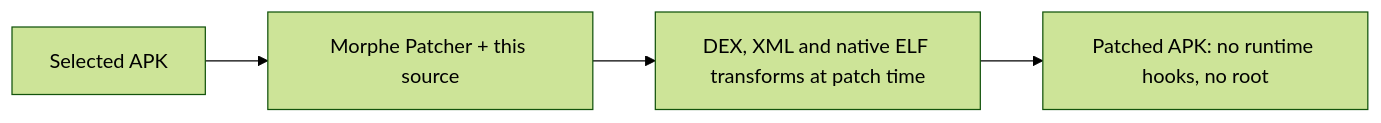
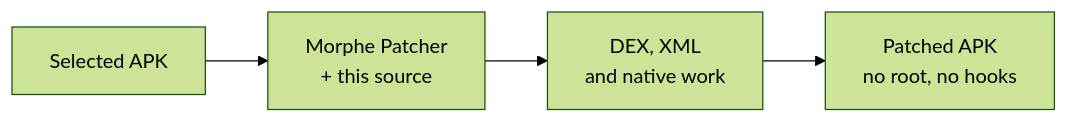
One commit to Lxchoooo/kveld-morphe-patches changed the diagram in README.md. Above: the diagram before and after it, drawn with Mermaid (forest theme).

Commit message:
docs(readme): shorten mermaid node labels to prevent truncation

````diff
--- a/README.md
+++ b/README.md
@@ -67,6 +67,6 @@
 ```mermaid
 flowchart LR
-    A[Selected APK] --> B[Morphe Patcher + this source]
-    B --> C[DEX, XML and native ELF transforms at patch time]
-    C --> D[Patched APK: no runtime hooks, no root]
+    A[Selected APK] --> B[Morphe Patcher<br/>+ this source]
+    B --> C[DEX, XML<br/>and native work]
+    C --> D[Patched APK<br/>no root, no hooks]
 ```
````
